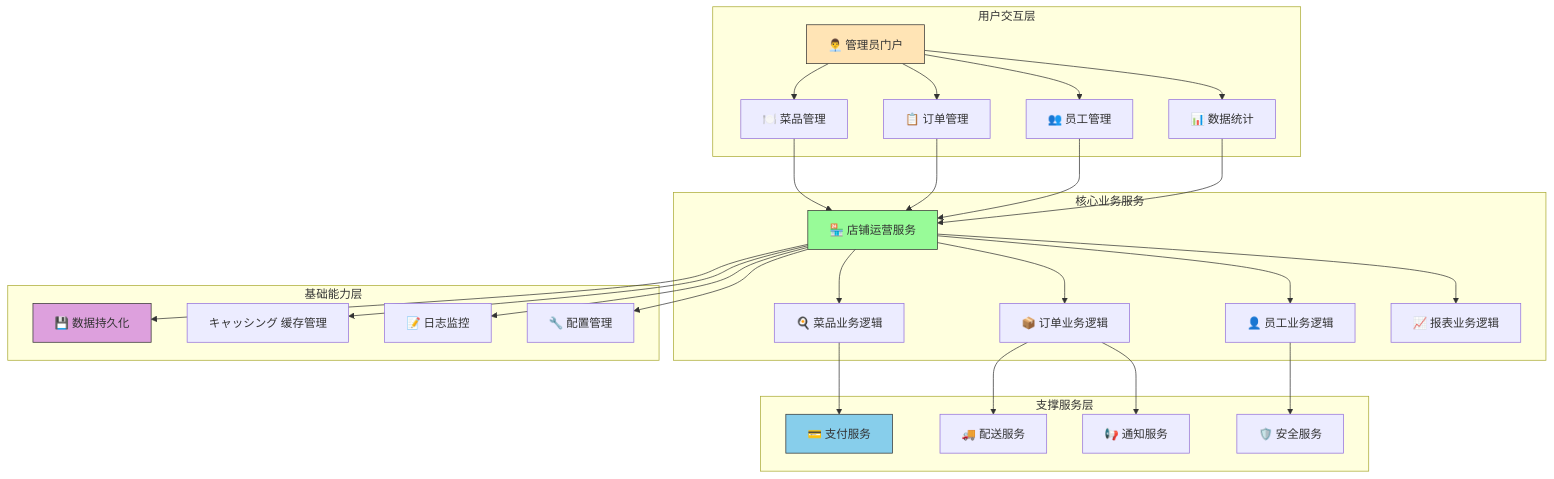
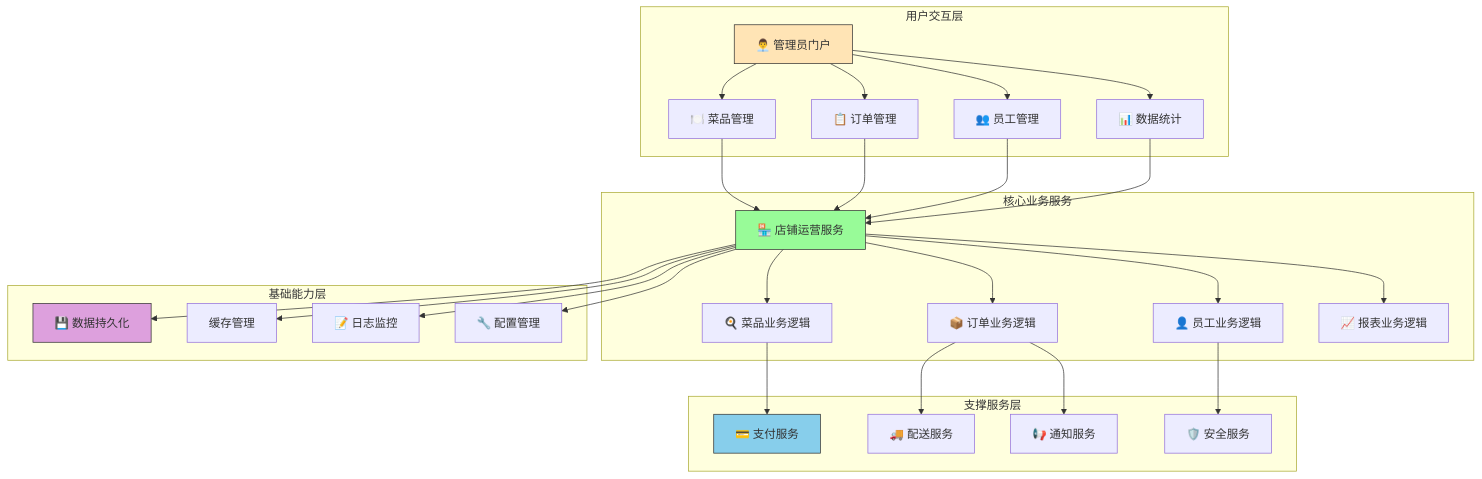
Before and after one commit to 3255769520/CangQiongTakeout: the first of 8 diagrams in 系统架构图解.md, drawn with Mermaid.

Commit message:
Update caching management label in architecture diagram

````diff
--- a/系统架构图解.md
+++ b/系统架构图解.md
@@ -5,50 +5,50 @@
 ```mermaid
 graph TB
     subgraph "用户交互层"
         A1[👨‍💼 管理员门户] --> B1[🍽️ 菜品管理]
         A1 --> B2[📋 订单管理]
         A1 --> B3[👥 员工管理]
         A1 --> B4[📊 数据统计]
     end
     
     subgraph "核心业务服务"
         C1[🏪 店铺运营服务] --> D1[🍳 菜品业务逻辑]
         C1 --> D2[📦 订单业务逻辑]
         C1 --> D3[👤 员工业务逻辑]
         C1 --> D4[📈 报表业务逻辑]
     end
     
     subgraph "支撑服务层"
         E1[💳 支付服务]
         E2[🚚 配送服务]
         E3[📢 通知服务]
         E4[🛡️ 安全服务]
     end
     
     subgraph "基础能力层"
         F1[💾 数据持久化]
-        F2[キャッシング 缓存管理]
+        F2[ 缓存管理]
         F3[📝 日志监控]
         F4[🔧 配置管理]
     end
     
     B1 --> C1
     B2 --> C1
     B3 --> C1
     B4 --> C1
     
     D1 --> E1
     D2 --> E2
     D2 --> E3
     D3 --> E4
     
     C1 --> F1
     C1 --> F2
     C1 --> F3
     C1 --> F4
     
     style A1 fill:#FFE4B5,stroke:#333
     style C1 fill:#98FB98,stroke:#333
     style E1 fill:#87CEEB,stroke:#333
     style F1 fill:#DDA0DD,stroke:#333
 ```
````
